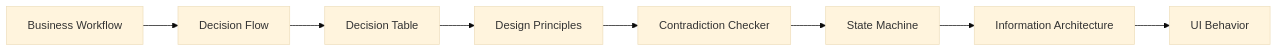
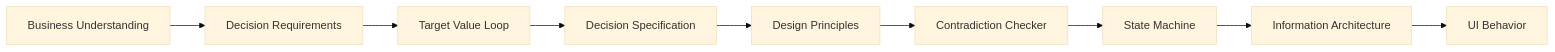
The diagram in skills/interaction-design-review-agent/README.md (lilpacy/dotfiles), drawn with Mermaid (base theme) before and after one commit. The commit also changed other lines of this file and 25 other files, not shown here.

Commit message:
skills: gate design reviews on business understanding

````diff
--- a/skills/interaction-design-review-agent/README.md
+++ b/skills/interaction-design-review-agent/README.md
@@ -10,13 +10,14 @@
 ```mermaid
 flowchart LR
-    A[Business Workflow]
-    B[Decision Flow]
-    C[Decision Table]
-    D[Design Principles]
-    E[Contradiction Checker]
-    F[State Machine]
-    G[Information Architecture]
-    H[UI Behavior]
+    A[Business Understanding]
+    B[Decision Requirements]
+    C[Target Value Loop]
+    D[Decision Specification]
+    E[Design Principles]
+    F[Contradiction Checker]
+    G[State Machine]
+    H[Information Architecture]
+    I[UI Behavior]
 
-    A --> B --> C --> D --> E --> F --> G --> H
+    A --> B --> C --> D --> E --> F --> G --> H --> I
 ```
````
